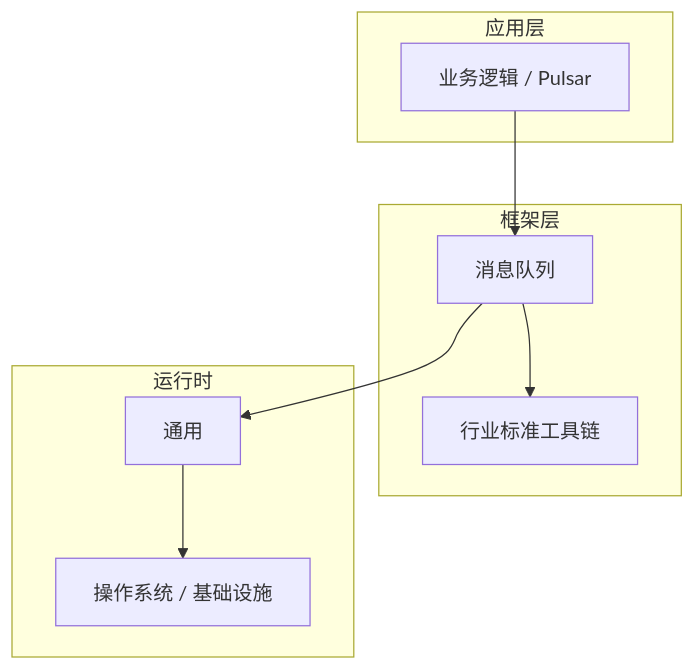
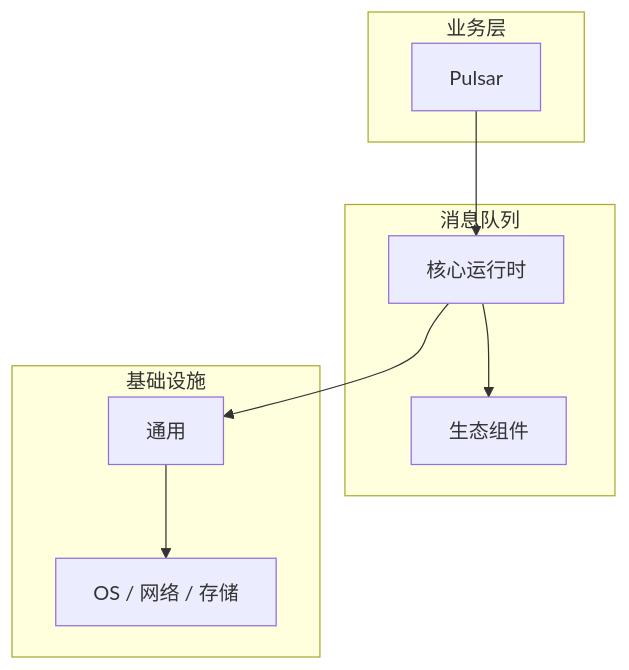
One commit to yanggan2015/knowledge-json-v2 changed the diagram in articles/消息队列/chapters/043-Pulsar核心概念与原理.md. Above: the diagram before and after it, drawn with Mermaid. The commit also changed other lines of this file and 10127 other files, not shown here.

````diff
--- a/articles/消息队列/chapters/043-Pulsar核心概念与原理.md
+++ b/articles/消息队列/chapters/043-Pulsar核心概念与原理.md
@@ -45,18 +34,18 @@
 ```mermaid
 graph TB
-    subgraph 应用层
-        A[业务逻辑 / Pulsar]
+    subgraph 业务层
+        A[Pulsar]
     end
-    subgraph 框架层
-        B[消息队列]
-        C[行业标准工具链]
+    subgraph 消息队列
+        B[核心运行时]
+        C[生态组件]
     end
-    subgraph 运行时
+    subgraph 基础设施
         D[通用]
-        E[操作系统 / 基础设施]
+        E[OS / 网络 / 存储]
     end
     A --> B
     B --> C
     B --> D
     D --> E
 ```
````
